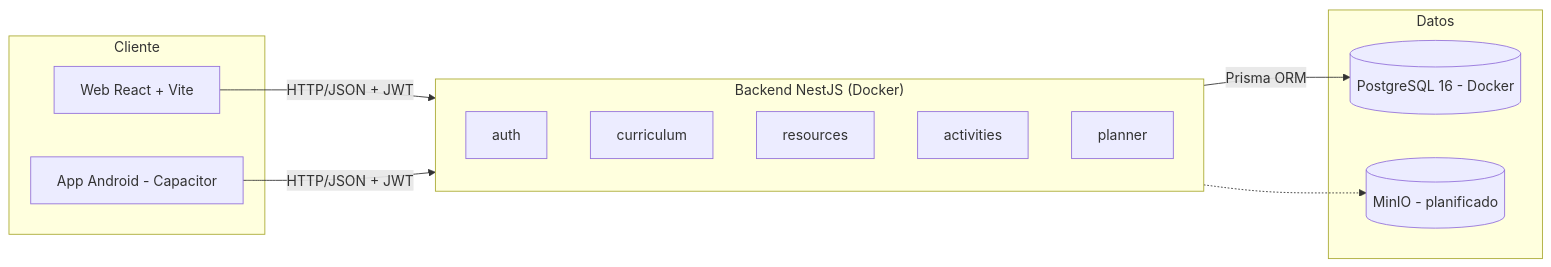
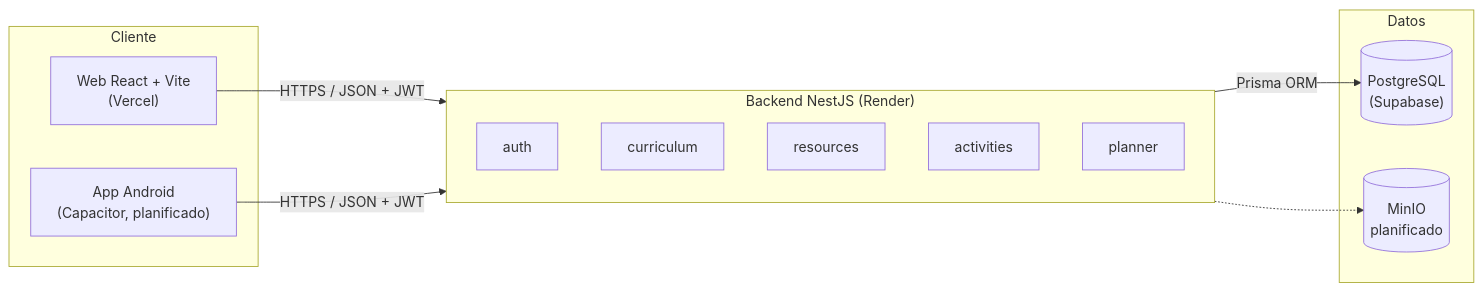
Before and after one commit to alcayuqueo/proyectCAPSTON: the diagram in README.md, drawn with Mermaid. The commit also changed other lines of this file and 7 other files, not shown here.

Commit message:
docs: despliegue en Vercel, Render y Supabase. Closes #21

````diff
--- a/README.md
+++ b/README.md
@@ -41,22 +51,22 @@
 ```mermaid
 flowchart LR
-    subgraph Cliente
-        W[Web React + Vite]
-        M[App Android - Capacitor]
+    subgraph Cliente["Cliente"]
+        W["Web React + Vite<br/>(Vercel)"]
+        M["App Android<br/>(Capacitor, planificado)"]
     end
-    subgraph API["Backend NestJS (Docker)"]
+    subgraph API["Backend NestJS (Render)"]
         A[auth]
         C[curriculum]
         R[resources]
         AC[activities]
         P[planner]
     end
-    subgraph Datos
-        DB[(PostgreSQL 16 - Docker)]
-        S[(MinIO - planificado)]
+    subgraph Datos["Datos"]
+        DB[("PostgreSQL<br/>(Supabase)")]
+        S[("MinIO<br/>planificado")]
     end
-    W -- HTTP/JSON + JWT --> API
-    M -- HTTP/JSON + JWT --> API
-    API -- Prisma ORM --> DB
+    W -- "HTTPS / JSON + JWT" --> API
+    M -- "HTTPS / JSON + JWT" --> API
+    API -- "Prisma ORM" --> DB
     API -.-> S
 ```
````
